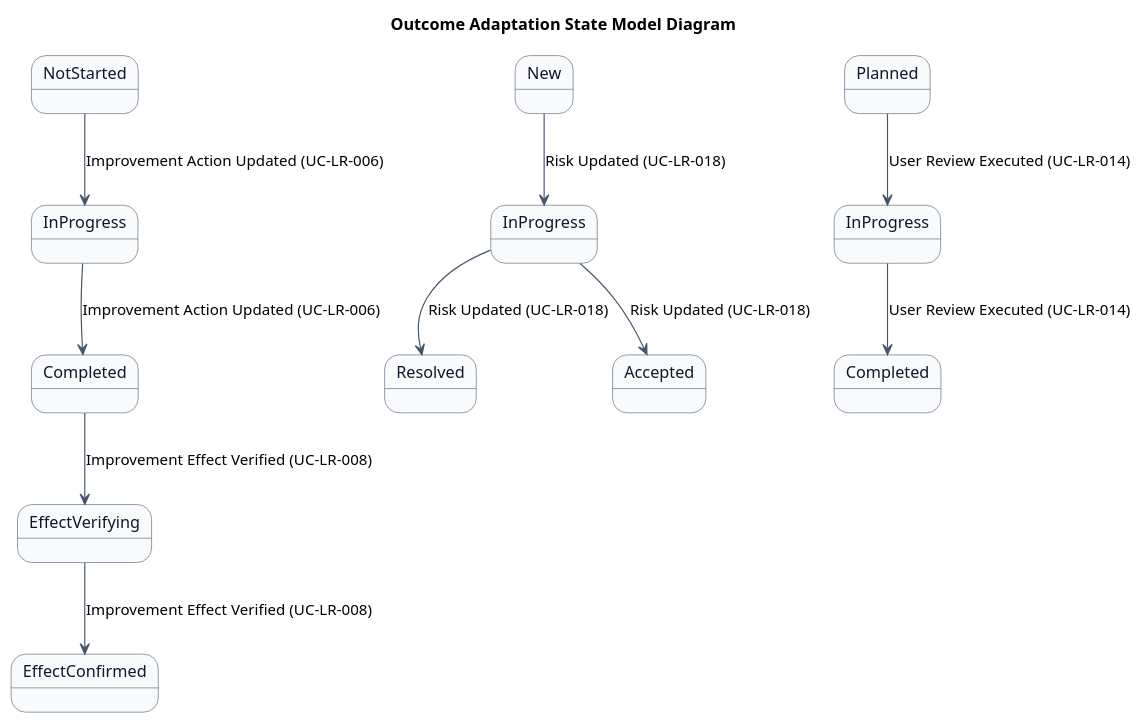
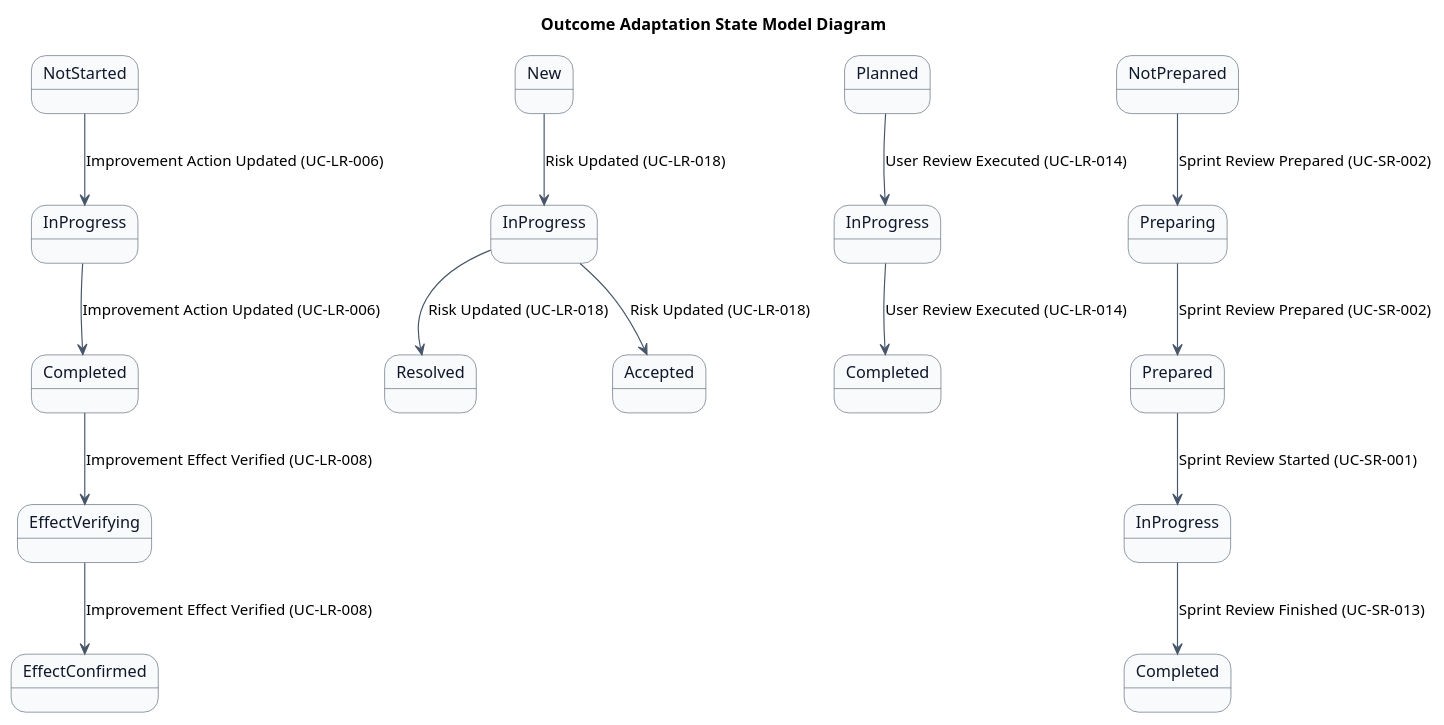
The first of 2 diagrams in docs/22 要件定義書/AG アジルーム/03 機能要件/AG-06 成果適応/04.システム/02.ステート/ステートマシン図.md (mizo432/modulith-learning), drawn with PlantUML before and after one commit. The commit also changed other lines of this file and 5 other files, not shown here.

````diff
--- a/docs/22 要件定義書/AG アジルーム/03 機能要件/AG-06 成果適応/04.システム/02.ステート/ステートマシン図.md
+++ b/docs/22 要件定義書/AG アジルーム/03 機能要件/AG-06 成果適応/04.システム/02.ステート/ステートマシン図.md
@@ -11,45 +11,58 @@
 ```plantuml
 @startuml
 title Outcome Adaptation State Model Diagram
 skinparam state {
   BackgroundColor #F8FAFC
   BorderColor #475569
   FontColor #0F172A
 }
 skinparam arrowColor #475569
 skinparam shadowing false
 
 ' Improvement Action states
 state "NotStarted" as NotStarted_IA <<entry>>
 state "InProgress" as InProgress_IA
 state "Completed" as Completed_IA <<exit>>
 state "EffectVerifying" as EffectVerifying_IA
 state "EffectConfirmed" as EffectConfirmed_IA <<exit>>
 
 ' Risk states
 state "New" as New_RK <<entry>>
 state "InProgress" as InProgress_RK
 state "Resolved" as Resolved_RK <<exit>>
 state "Accepted" as Accepted_RK <<exit>>
 
 ' User Review states
 state "Planned" as Planned_UR <<entry>>
 state "InProgress" as InProgress_UR
 state "Completed" as Completed_UR <<exit>>
 
+' Sprint Review states
+state "NotPrepared" as NotPrepared_SR <<entry>>
+state "Preparing" as Preparing_SR
+state "Prepared" as Prepared_SR
+state "InProgress" as InProgress_SR
+state "Completed" as Completed_SR <<exit>>
+
 ' Improvement Action transitions
 NotStarted_IA --> InProgress_IA : Improvement Action Updated (UC-LR-006)
 InProgress_IA --> Completed_IA : Improvement Action Updated (UC-LR-006)
 Completed_IA --> EffectVerifying_IA : Improvement Effect Verified (UC-LR-008)
 EffectVerifying_IA --> EffectConfirmed_IA : Improvement Effect Verified (UC-LR-008)
 
 ' Risk transitions
 New_RK --> InProgress_RK : Risk Updated (UC-LR-018)
 InProgress_RK --> Resolved_RK : Risk Updated (UC-LR-018)
 InProgress_RK --> Accepted_RK : Risk Updated (UC-LR-018)
 
 ' User Review transitions
 Planned_UR --> InProgress_UR : User Review Executed (UC-LR-014)
 InProgress_UR --> Completed_UR : User Review Executed (UC-LR-014)
+
+' Sprint Review transitions
+NotPrepared_SR --> Preparing_SR : Sprint Review Prepared (UC-SR-002)
+Preparing_SR --> Prepared_SR : Sprint Review Prepared (UC-SR-002)
+Prepared_SR --> InProgress_SR : Sprint Review Started (UC-SR-001)
+InProgress_SR --> Completed_SR : Sprint Review Finished (UC-SR-013)
 @enduml
 ```
````
